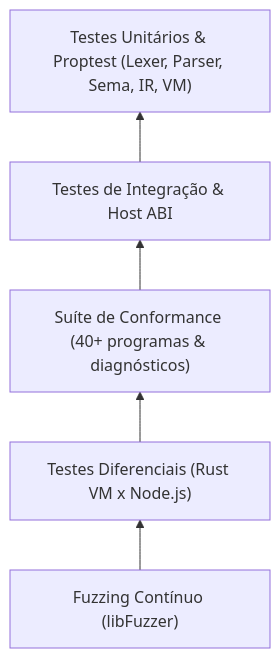
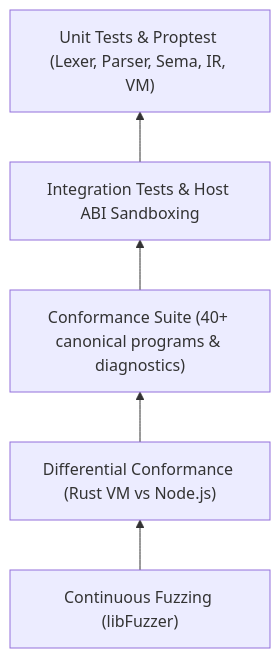
Before and after one commit to poppy-team/poppy.lat: the diagram in site/en/aipo/docs/development/governance/standards-and-testing.md, drawn with Mermaid. The commit also changed other lines of this file and 235 other files, not shown here.

````diff
--- a/site/en/aipo/docs/development/governance/standards-and-testing.md
+++ b/site/en/aipo/docs/development/governance/standards-and-testing.md
@@ -37,7 +37,7 @@
 ```mermaid
 graph BT
-    Fuzz["Fuzzing Contínuo (libFuzzer)"] --> Diff["Testes Diferenciais (Rust VM x Node.js)"]
-    Diff --> Conf["Suíte de Conformance (40+ programas & diagnósticos)"]
-    Conf --> Integ["Testes de Integração & Host ABI"]
-    Integ --> Unit["Testes Unitários & Proptest (Lexer, Parser, Sema, IR, VM)"]
+    Fuzz["Continuous Fuzzing (libFuzzer)"] --> Diff["Differential Conformance (Rust VM vs Node.js)"]
+    Diff --> Conf["Conformance Suite (40+ canonical programs & diagnostics)"]
+    Conf --> Integ["Integration Tests & Host ABI Sandboxing"]
+    Integ --> Unit["Unit Tests & Proptest (Lexer, Parser, Sema, IR, VM)"]
 ```
````
